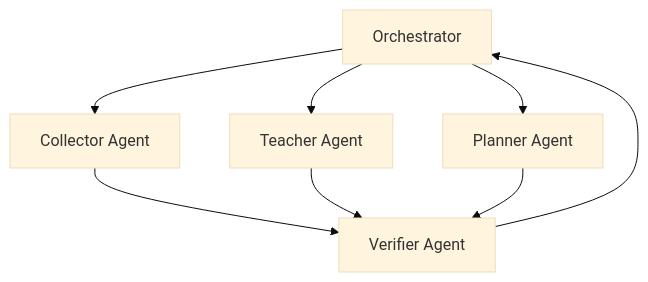
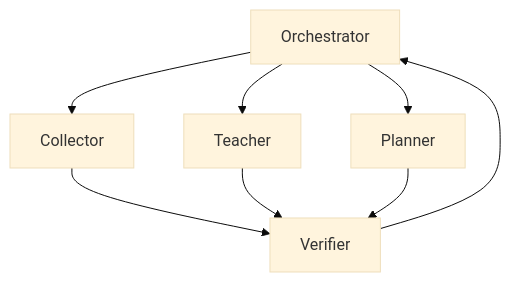
Before and after one commit to Riku888/smartee: the fourth of 7 diagrams in ARCHITECTURE.md, drawn with Mermaid (base theme). The commit also changed other lines of this file and 1 other file, not shown here.

Commit message:
Changed architecture files

````diff
--- a/ARCHITECTURE.md
+++ b/ARCHITECTURE.md
@@ -522,20 +910,16 @@
 ```mermaid
 flowchart TD
-
     ORCH[Orchestrator]
-
-    COL[Collector Agent]
-    TEACH[Teacher Agent]
-    PLAN[Planner Agent]
-    VERIFY[Verifier Agent]
+    COL[Collector]
+    TEACH[Teacher]
+    PLAN[Planner]
+    VERIFY[Verifier]
 
     ORCH --> COL
     ORCH --> TEACH
     ORCH --> PLAN
-
     COL --> VERIFY
     TEACH --> VERIFY
     PLAN --> VERIFY
-
     VERIFY --> ORCH
 ```
````
